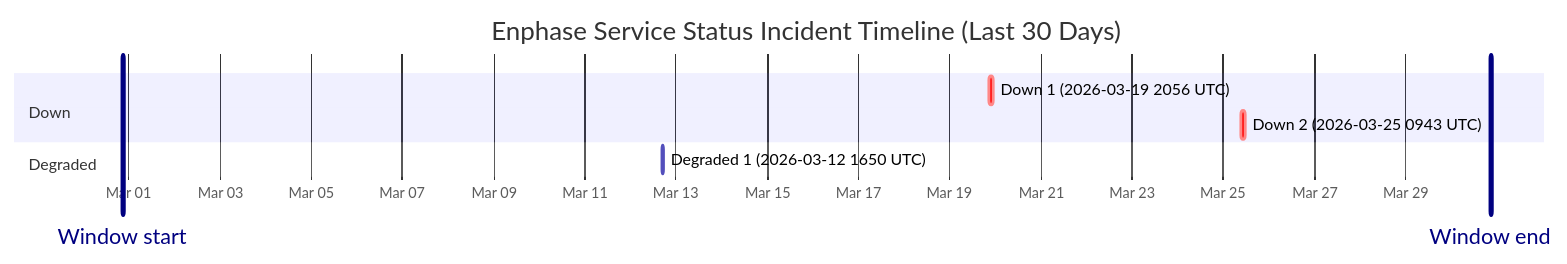
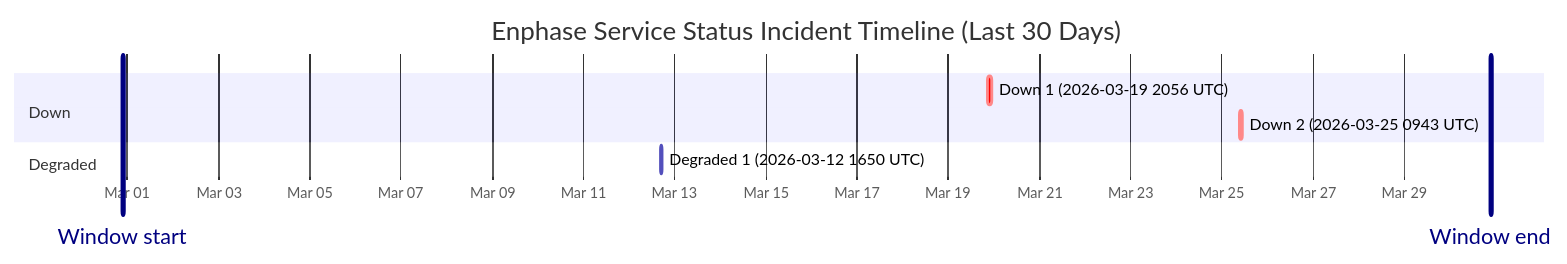
Before and after one commit to barneyonline/ha-enphase-ev-charger: the diagram in wiki/Service-Status-History.md, drawn with Mermaid. The commit also changed other lines of this file and 3 other files, not shown here.

````diff
--- a/wiki/Service-Status-History.md
+++ b/wiki/Service-Status-History.md
@@ -14,13 +14,13 @@
 ```mermaid
 gantt
     title Enphase Service Status Incident Timeline (Last 30 Days)
     dateFormat  YYYY-MM-DDTHH:mm:ss
     axisFormat  %b %d
-    Window start :vert, window-start, 2026-02-28T20:35:34, 0ms
-    Window end :vert, window-end, 2026-03-30T20:35:34, 0ms
+    Window start :vert, window-start, 2026-02-28T21:33:47, 0ms
+    Window end :vert, window-end, 2026-03-30T21:33:47, 0ms
     section Down
     Down 1 (2026-03-19 2056 UTC) :crit, down-1, 2026-03-19T20:56:20, 145m
     Down 2 (2026-03-25 0943 UTC) :crit, down-2, 2026-03-25T09:43:28, 111m
     section Degraded
     Degraded 1 (2026-03-12 1650 UTC) :active, degraded-1, 2026-03-12T16:50:43, 60m
 ```
````
